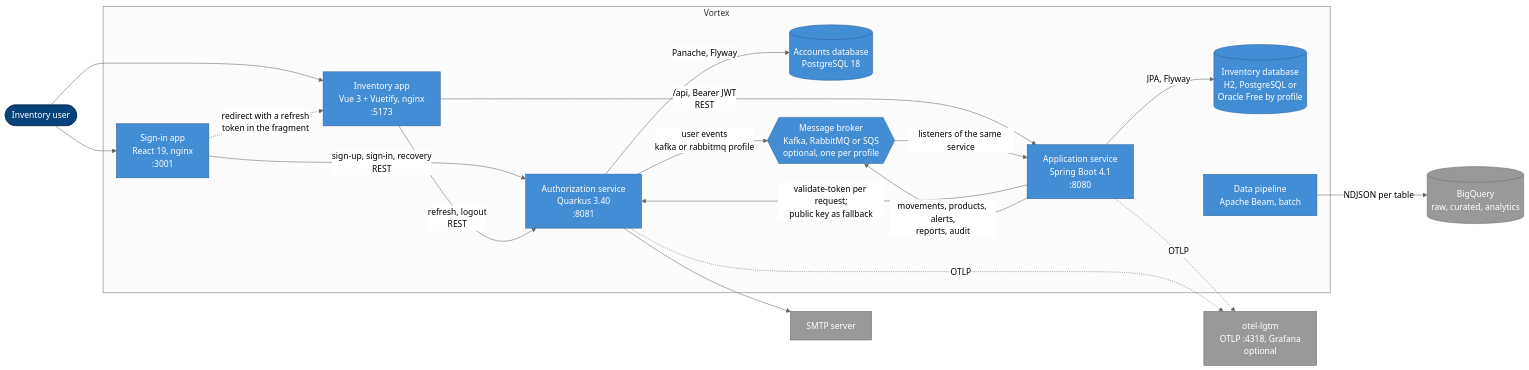
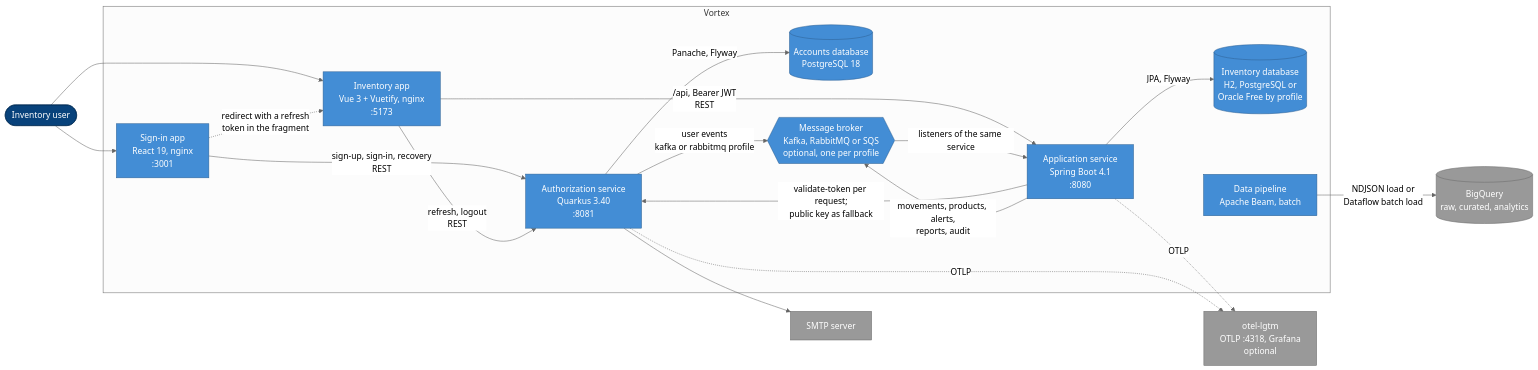
One commit to caiocv18/vortex changed the diagram in docs/arquitetura/containers.md. Above: the diagram before and after it, drawn with Mermaid (neutral theme). The commit also changed other lines of this file and 7 other files, not shown here.

````diff
--- a/docs/arquitetura/containers.md
+++ b/docs/arquitetura/containers.md
@@ -5,43 +5,43 @@
 ```mermaid
 flowchart LR
     user([Inventory user])
     subgraph vortex [Vortex]
         signin[Sign-in app<br/>React 19, nginx<br/>:3001]
         inventory[Inventory app<br/>Vue 3 + Vuetify, nginx<br/>:5173]
         app[Application service<br/>Spring Boot 4.1<br/>:8080]
         auth[Authorization service<br/>Quarkus 3.40<br/>:8081]
         appdb[(Inventory database<br/>H2, PostgreSQL or<br/>Oracle Free by profile)]
         authdb[(Accounts database<br/>PostgreSQL 18)]
         broker{{Message broker<br/>Kafka, RabbitMQ or SQS<br/>optional, one per profile}}
         pipeline[Data pipeline<br/>Apache Beam, batch]
     end
     otel[otel-lgtm<br/>OTLP :4318, Grafana<br/>optional]
     bq[(BigQuery<br/>raw, curated, analytics)]
     mail[SMTP server]
 
     user --> signin
     user --> inventory
     signin -->|sign-up, sign-in, recovery<br/>REST| auth
     signin -.->|redirect with a refresh<br/>token in the fragment| inventory
     inventory -->|refresh, logout<br/>REST| auth
     inventory -->|/api, Bearer JWT<br/>REST| app
     app -->|validate-token per request;<br/>public key as fallback| auth
     app -->|JPA, Flyway| appdb
     auth -->|Panache, Flyway| authdb
     app -->|movements, products, alerts,<br/>reports, audit| broker
     broker -->|listeners of the same service| app
     auth -->|user events<br/>kafka or rabbitmq profile| broker
     auth --> mail
     app -.->|OTLP| otel
     auth -.->|OTLP| otel
-    pipeline -->|NDJSON per table| bq
+    pipeline -->|NDJSON load or<br/>Dataflow batch load| bq
 
     classDef person fill:#08427b,color:#fff,stroke:#052e56
     classDef container fill:#438dd5,color:#fff,stroke:#2e6295
     classDef store fill:#438dd5,color:#fff,stroke:#2e6295
     classDef external fill:#999,color:#fff,stroke:#6b6b6b
     class user person
     class signin,inventory,app,auth,broker,pipeline container
     class appdb,authdb store
     class otel,bq,mail external
 ```
````
